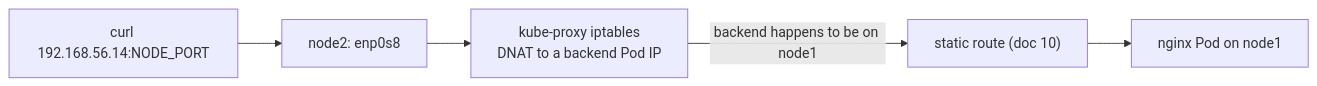
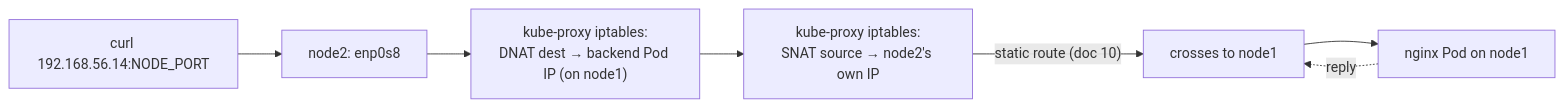
The fifth of 7 diagrams in kubernetes-hardway/docs/12-smoke-test.md (devopsprathamesh/homelabsetup), drawn with Mermaid before and after one commit. The commit also changed other lines of this file, not shown here.

````diff
--- a/kubernetes-hardway/docs/12-smoke-test.md
+++ b/kubernetes-hardway/docs/12-smoke-test.md
@@ -205,7 +205,9 @@
 ```mermaid
 flowchart LR
     Client["curl 192.168.56.14:NODE_PORT"] --> N2E["node2: enp0s8"]
-    N2E --> KP["kube-proxy iptables<br/>DNAT to a backend Pod IP"]
-    KP -->|"backend happens to be on node1"| ROUTE["static route (doc 10)"]
+    N2E --> DNAT["kube-proxy iptables:<br/>DNAT dest → backend Pod IP (on node1)"]
+    DNAT --> SNAT["kube-proxy iptables:<br/>SNAT source → node2's own IP"]
+    SNAT -->|"static route (doc 10)"| ROUTE["crosses to node1"]
     ROUTE --> POD["nginx Pod on node1"]
+    POD -.->|reply| ROUTE
 ```
````
